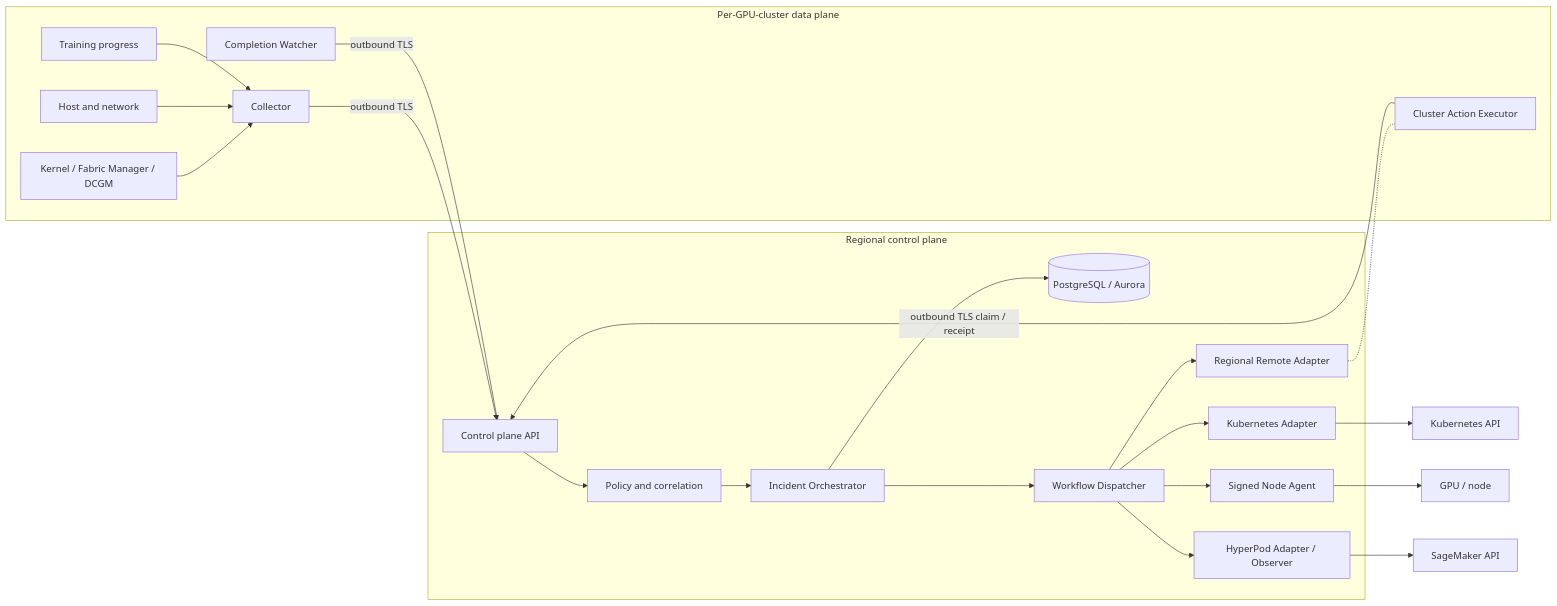
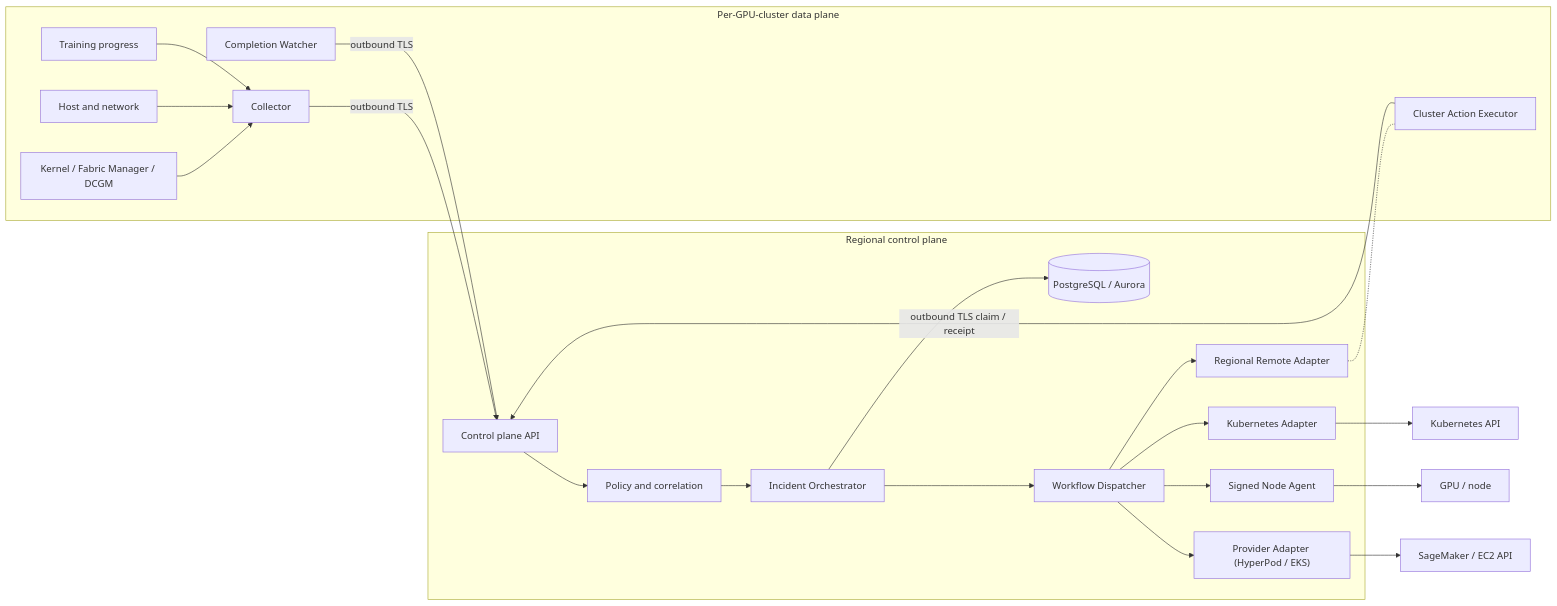
Before and after one commit to yuhuiaws/GPU-Fault-Recovery-System: the second of 9 diagrams in docs/en/high-level-design.md, drawn with Mermaid. The commit also changed other lines of this file and 1 other file, not shown here.

````diff
--- a/docs/en/high-level-design.md
+++ b/docs/en/high-level-design.md
@@ -326,29 +387,29 @@
 ```mermaid
 flowchart LR
     subgraph DP["Per-GPU-cluster data plane"]
         K["Kernel / Fabric Manager / DCGM"] --> C["Collector"]
         H["Host and network"] --> C
         T["Training progress"] --> C
         W["Completion Watcher"]
         EX["Cluster Action Executor"]
     end
 
     subgraph CP["Regional control plane"]
         API["Control plane API"] --> P["Policy and correlation"]
         P --> I["Incident Orchestrator"]
         I --> S[("PostgreSQL / Aurora")]
         I --> D["Workflow Dispatcher"]
         D --> RA["Regional Remote Adapter"]
         D --> KA["Kubernetes Adapter"]
         D --> NA["Signed Node Agent"]
-        D --> HP["HyperPod Adapter / Observer"]
+        D --> HP["Provider Adapter (HyperPod / EKS)"]
     end
 
     C -- "outbound TLS" --> API
     W -- "outbound TLS" --> API
     EX -- "outbound TLS claim / receipt" --> API
     RA -.- EX
     KA --> K8S["Kubernetes API"]
     NA --> GPU["GPU / node"]
-    HP --> AWS["SageMaker API"]
+    HP --> AWS["SageMaker / EC2 API"]
 ```
````
